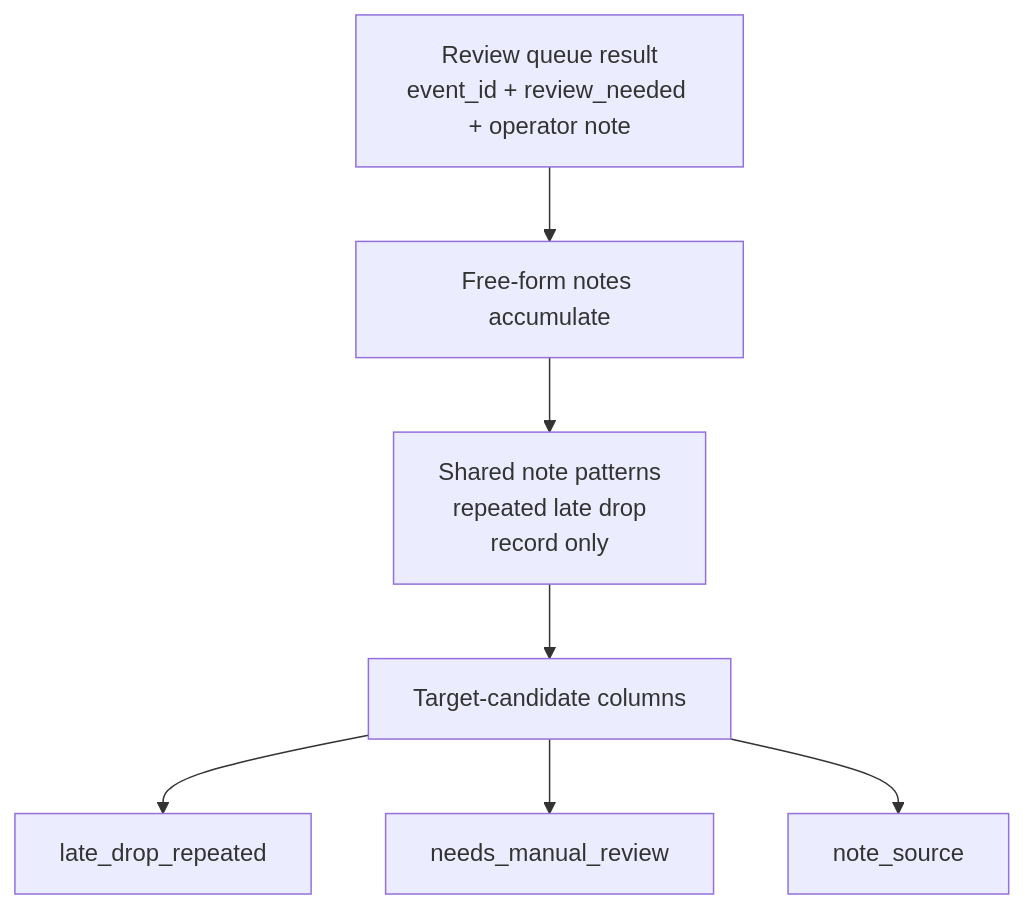
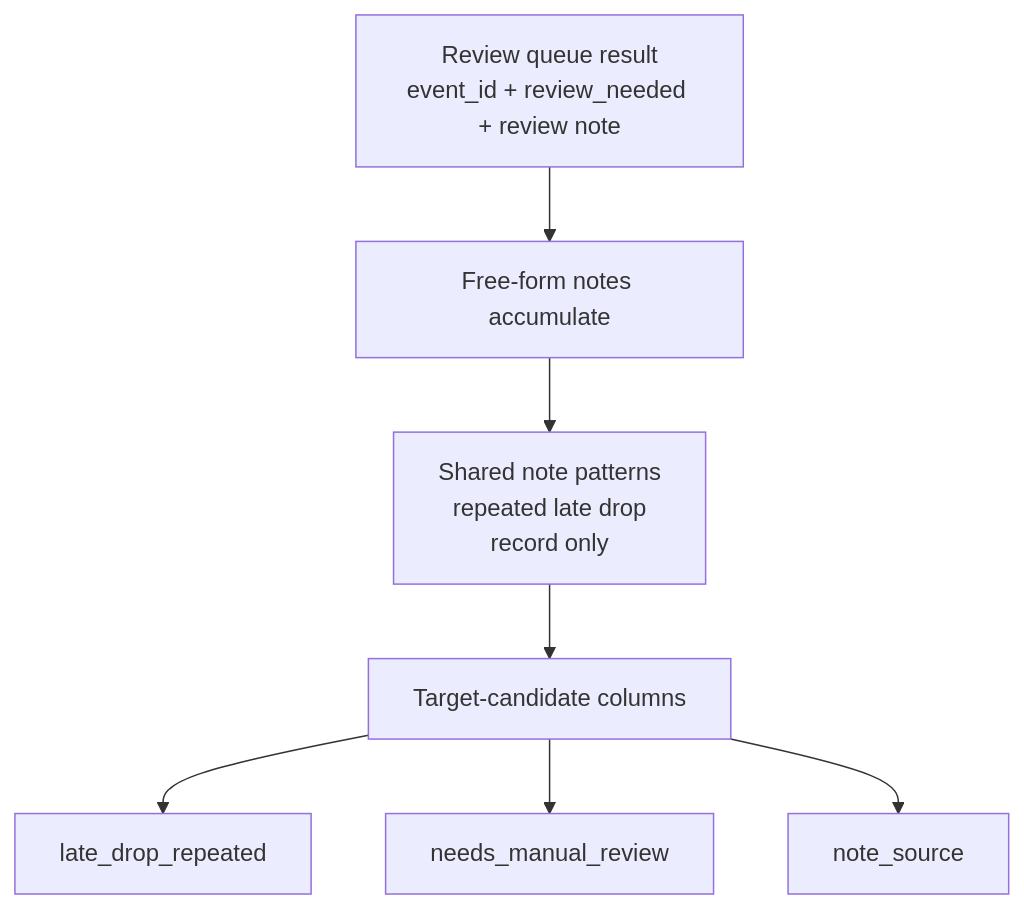
Before and after one commit to devchan64/AiBook: the diagram in docs/en/parts/part-03/chapter-09/section-04.md, drawn with Mermaid. The commit also changed other lines of this file and 43 other files, not shown here.

````diff
--- a/docs/en/parts/part-03/chapter-09/section-04.md
+++ b/docs/en/parts/part-03/chapter-09/section-04.md
@@ -90,11 +90,11 @@
 ```mermaid
 flowchart TD
-    A[Review queue result<br/>event_id + review_needed + operator note]
+    A[Review queue result<br/>event_id + review_needed + review note]
     A --> B[Free-form notes accumulate]
     B --> C[Shared note patterns<br/>repeated late drop<br/>record only]
     C --> D[Target-candidate columns]
 
     D --> D1[late_drop_repeated]
     D --> D2[needs_manual_review]
     D --> D3[note_source]
 ```
````
